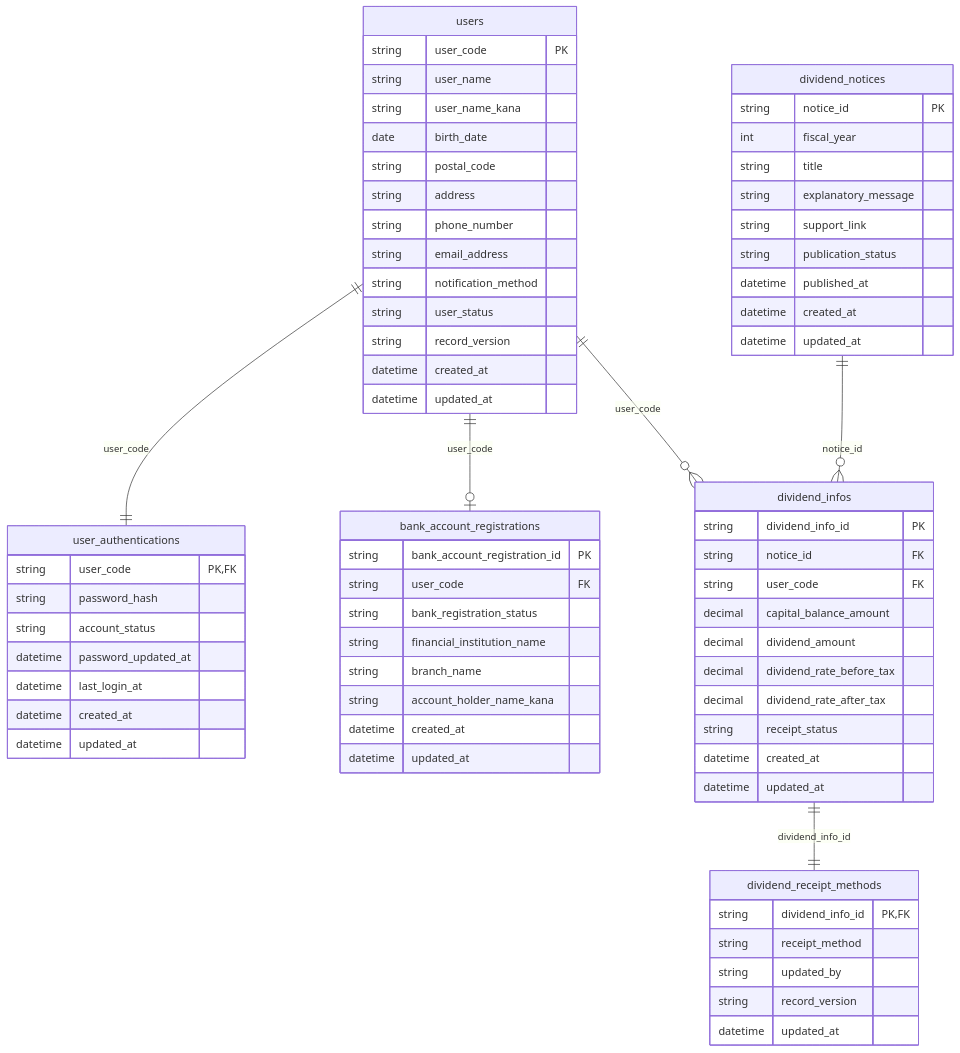
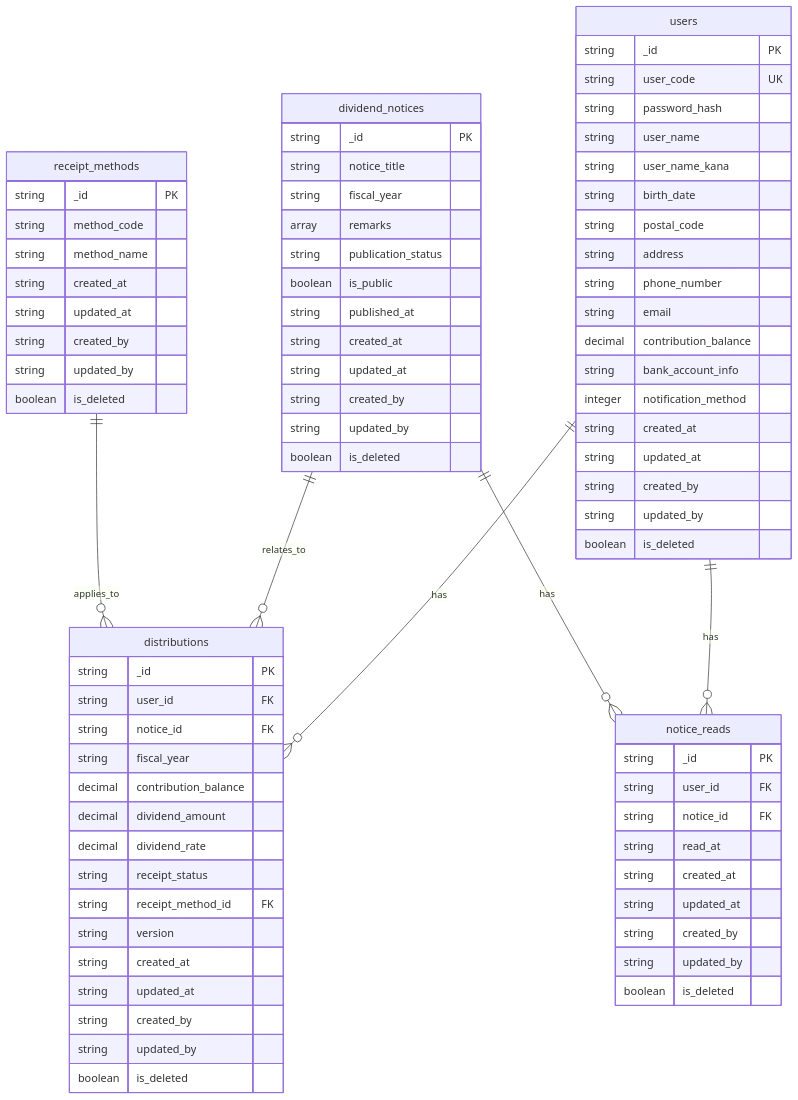
One commit to shimizuk-nttdatatohoku/genai_in_business changed the second of 2 diagrams in docs/ED/product/er_diargram.md. Above: the diagram before and after it, drawn with Mermaid. The commit also changed other lines of this file, not shown here.

Commit message:
instructionsファイル修正に伴う設計書再出力

````diff
--- a/docs/ED/product/er_diargram.md
+++ b/docs/ED/product/er_diargram.md
@@ -56,78 +38,86 @@
 ```mermaid
 erDiagram
-  users {
-    string user_code PK
-    string user_name
-    string user_name_kana
-    date birth_date
-    string postal_code
-    string address
-    string phone_number
-    string email_address
-    string notification_method
-    string user_status
-    string record_version
-    datetime created_at
-    datetime updated_at
-  }
+    users ||--o{ distributions : has
+    users ||--o{ notice_reads : has
+    dividend_notices ||--o{ distributions : relates_to
+    dividend_notices ||--o{ notice_reads : has
+    receipt_methods ||--o{ distributions : applies_to
 
-  user_authentications {
-    string user_code PK, FK
-    string password_hash
-    string account_status
-    datetime password_updated_at
-    datetime last_login_at
-    datetime created_at
-    datetime updated_at
-  }
+    users {
+        string _id PK
+        string user_code UK
+        string password_hash
+        string user_name
+        string user_name_kana
+        string birth_date
+        string postal_code
+        string address
+        string phone_number
+        string email
+        decimal contribution_balance
+        string bank_account_info
+        integer notification_method
+        string created_at
+        string updated_at
+        string created_by
+        string updated_by
+        boolean is_deleted
+    }
 
-  dividend_notices {
-    string notice_id PK
-    int fiscal_year
-    string title
-    string explanatory_message
-    string support_link
-    string publication_status
-    datetime published_at
-    datetime created_at
-    datetime updated_at
-  }
+    dividend_notices {
+        string _id PK
+        string notice_title
+        string fiscal_year
+        array remarks
+        string publication_status
+        boolean is_public
+        string published_at
+        string created_at
+        string updated_at
+        string created_by
+        string updated_by
+        boolean is_deleted
+    }
 
-  dividend_infos {
-    string dividend_info_id PK
-    string notice_id FK
-    string user_code FK
-    decimal capital_balance_amount
-    decimal dividend_amount
-    decimal dividend_rate_before_tax
-    decimal dividend_rate_after_tax
-    string receipt_status
-    datetime created_at
-    datetime updated_at
-  }
+    distributions {
+        string _id PK
+        string user_id FK
+        string notice_id FK
+        string fiscal_year
+        decimal contribution_balance
+        decimal dividend_amount
+        decimal dividend_rate
+        string receipt_status
+        string receipt_method_id FK
+        string version
+        string created_at
+        string updated_at
+        string created_by
+        string updated_by
+        boolean is_deleted
+    }
 
-  dividend_receipt_methods {
-    string dividend_info_id PK, FK
-    string receipt_method
-    string updated_by
-    string record_version
-    datetime updated_at
-  }
+    notice_reads {
+        string _id PK
+        string user_id FK
+        string notice_id FK
+        string read_at
+        string created_at
+        string updated_at
+        string created_by
+        string updated_by
+        boolean is_deleted
+    }
 
-  bank_account_registrations {
-    string bank_account_registration_id PK
-    string user_code FK
-    string bank_registration_status
-    string financial_institution_name
-    string branch_name
-    string account_holder_name_kana
-    datetime created_at
-    datetime updated_at
-  }
+    receipt_methods {
+        string _id PK
+        string method_code
+        string method_name
+        string created_at
+        string updated_at
+        string created_by
+        string updated_by
+        boolean is_deleted
+    }
 
-  users ||--|| user_authentications : user_code
-  users ||--o| bank_account_registrations : user_code
-  users ||--o{ dividend_infos : user_code
-  dividend_notices ||--o{ dividend_infos : notice_id
-  dividend_infos ||--|| dividend_receipt_methods : dividend_info_id
 ```
````
